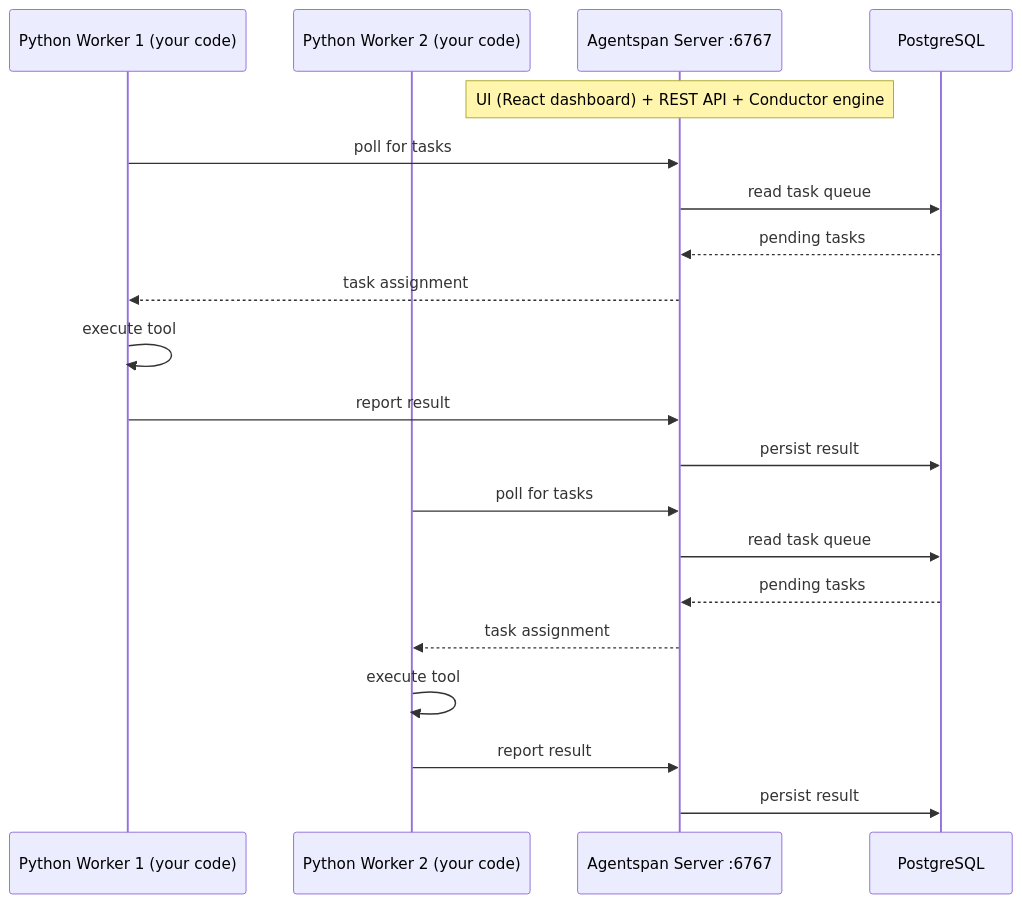
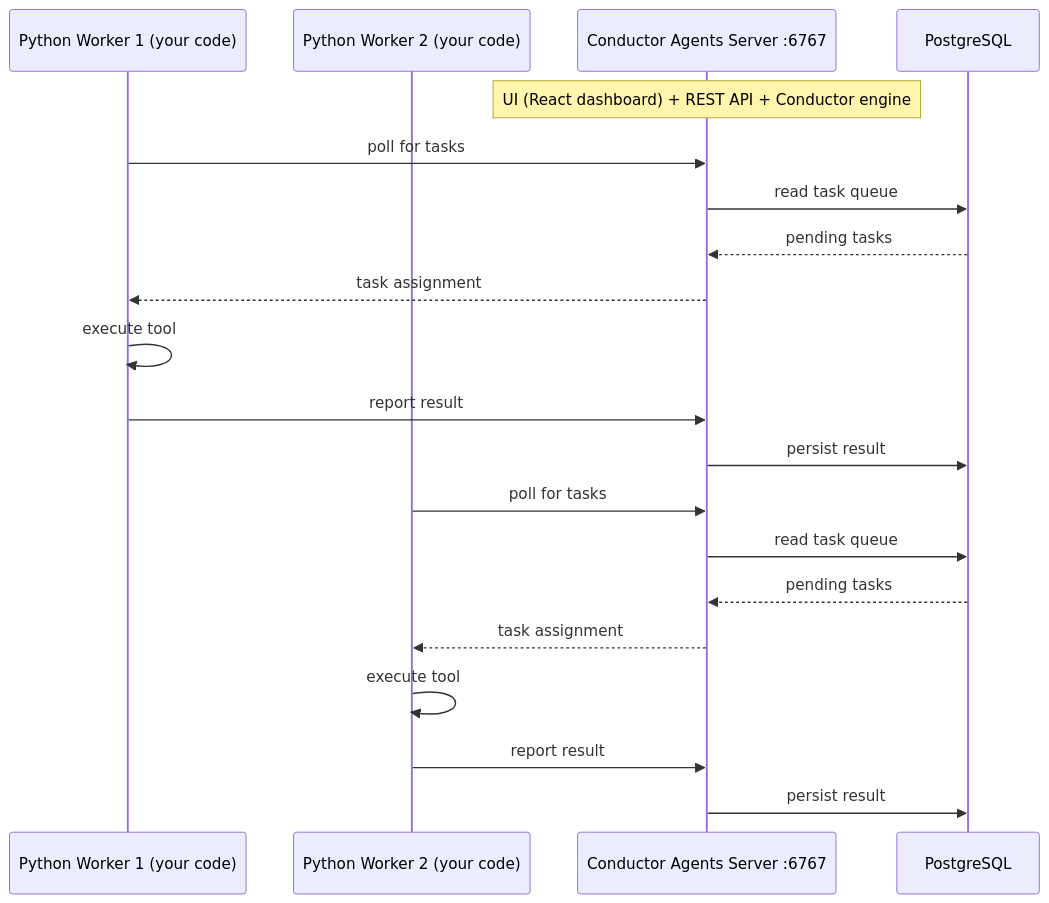
One commit to agentspan-ai/agentspan changed the diagram in docs/self-hosting.md. Above: the diagram before and after it, drawn with Mermaid. The commit also changed other lines of this file and 92 other files, not shown here.

First line of the commit message:
docs: rebrand Agentspan → Conductor Agents (prose only)

````diff
--- a/docs/self-hosting.md
+++ b/docs/self-hosting.md
@@ -12,22 +12,22 @@
 ```mermaid
 sequenceDiagram
     participant W1 as Python Worker 1 (your code)
     participant W2 as Python Worker 2 (your code)
-    participant S as Agentspan Server :6767
+    participant S as Conductor Agents Server :6767
     participant DB as PostgreSQL
     Note over S: UI (React dashboard) + REST API + Conductor engine
     W1->>S: poll for tasks
     S->>DB: read task queue
     DB-->>S: pending tasks
     S-->>W1: task assignment
     W1->>W1: execute tool
     W1->>S: report result
     S->>DB: persist result
     W2->>S: poll for tasks
     S->>DB: read task queue
     DB-->>S: pending tasks
     S-->>W2: task assignment
     W2->>W2: execute tool
     W2->>S: report result
     S->>DB: persist result
 ```
````
